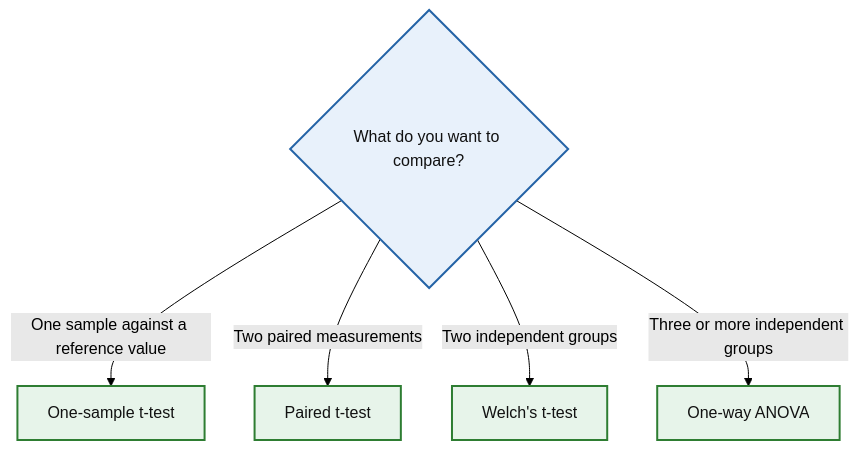
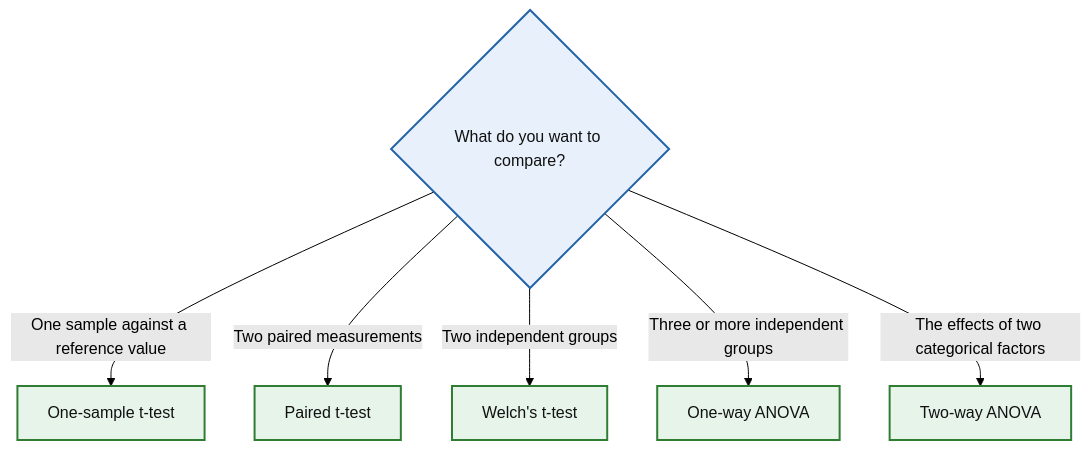
Before and after one commit to ironhack-edu/StatNavigator: the diagram in docs/index.md, drawn with Mermaid (forest theme). The commit also changed other lines of this file and 1 other file, not shown here.

Commit message:
Added two-way ANOVA test

````diff
--- a/docs/index.md
+++ b/docs/index.md
@@ -5,21 +5,23 @@
 ```mermaid
 flowchart TD
 
     START{"What do you want to compare?"}
 
     START -->|"One sample against a reference value"| ONE["One-sample t-test"]
     START -->|"Two paired measurements"| PAIRED["Paired t-test"]
     START -->|"Two independent groups"| WELCH["Welch's t-test"]
-    START -->|"Three or more independent groups"| ANOVA["One-way ANOVA"]
+    START -->|"Three or more independent groups"| ANOVA1["One-way ANOVA"]
+    START -->|"The effects of two categorical factors"| ANOVA2["Two-way ANOVA"]
 
     click ONE "tests/one-sample-t-test/" "Open the One-sample t-test card"
     click PAIRED "tests/paired-t-test/" "Open the Paired t-test card"
     click WELCH "tests/welch-t-test/" "Open the Welch's t-test card"
-    click ANOVA "tests/one-way-anova/" "Open the One-way ANOVA card"
+    click ANOVA1 "tests/one-way-anova/" "Open the One-way ANOVA card"
+    click ANOVA2 "tests/two-way-anova/" "Open the Two-way ANOVA card"
 
     classDef question fill:#e8f1fb,stroke:#2463a6,stroke-width:2px,color:#111;
     classDef continuous fill:#e7f4ea,stroke:#2e7d32,stroke-width:2px,color:#111;
 
     class START question;
-    class ONE,PAIRED,WELCH,ANOVA continuous;
+    class ONE,PAIRED,WELCH,ANOVA1,ANOVA2 continuous;
 ```
````
